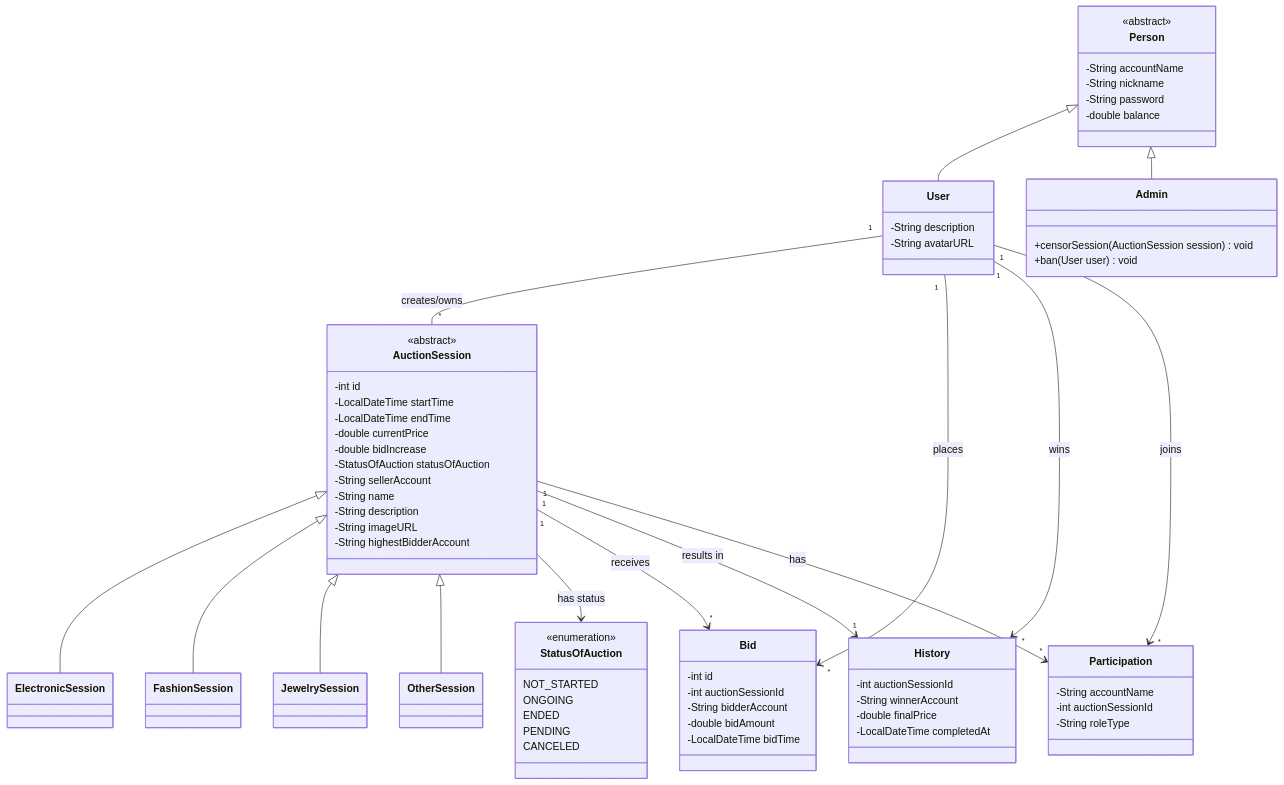
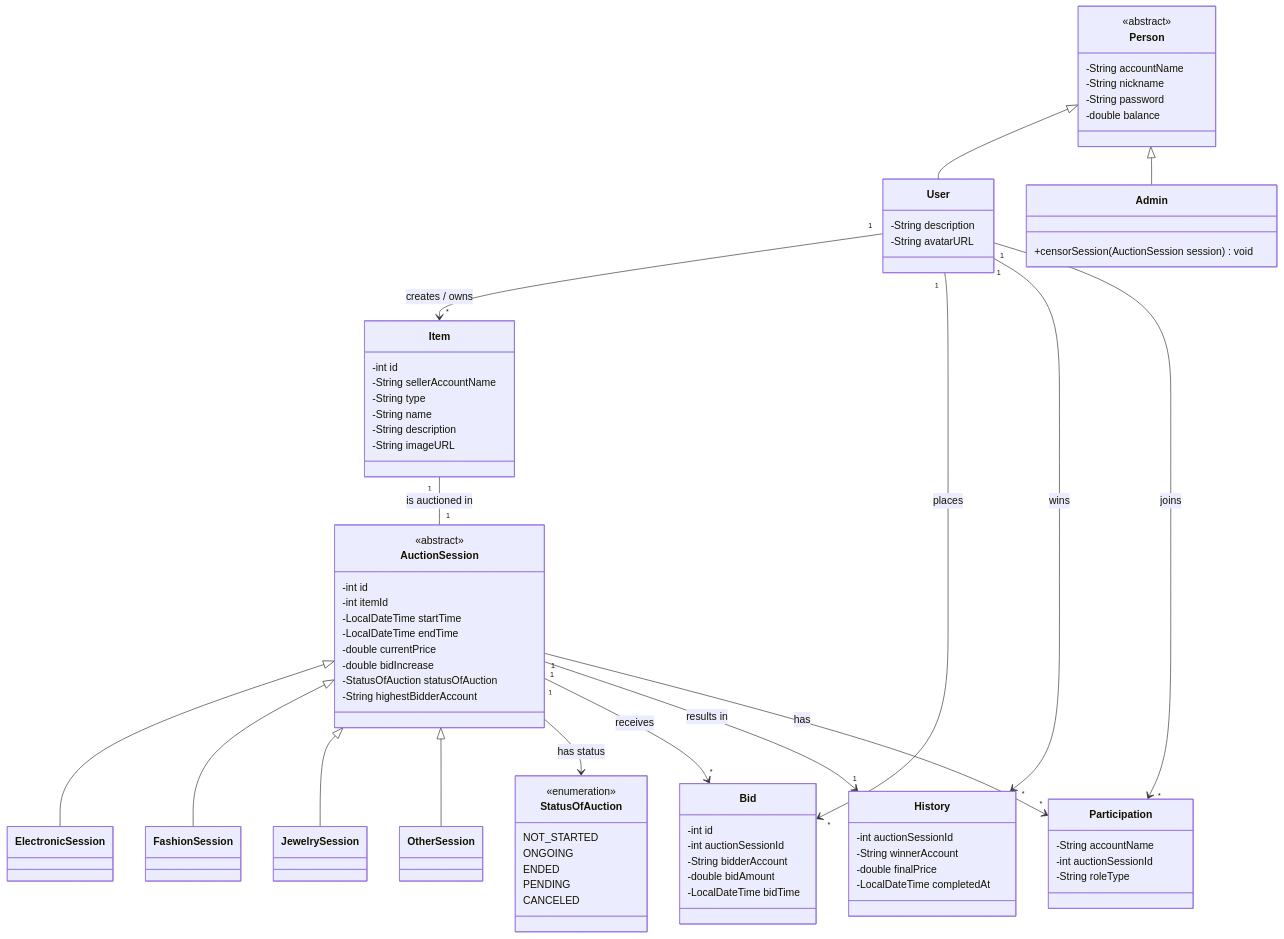
One commit to phudeptraibodoithe/Bai-tap-lon-nhom-6 changed the first of 3 diagrams in README.md. Above: the diagram before and after it, drawn with Mermaid. The commit also changed other lines of this file, not shown here.

Commit message:
docs: sửa lại UML và cập nhật tiến trình nhóm

````diff
--- a/README.md
+++ b/README.md
@@ -52,28 +52,35 @@
 
     class Admin {
         +censorSession(AuctionSession session) void
-        +ban(User user) void
     }
 
     Person <|-- User
     Person <|-- Admin
 
+    %% --- PHẦN ITEM (BẢNG MỚI ĐƯỢC TÁCH RA) ---
+    class Item {
+        -int id
+        -String sellerAccountName
+        -String type
+        -String name
+        -String description
+        -String imageURL
+    }
+
+    %% --- PHẦN SESSION ---
     class AuctionSession {
         <<abstract>>
         -int id
+        -int itemId
         -LocalDateTime startTime
         -LocalDateTime endTime
         -double currentPrice
         -double bidIncrease
         -StatusOfAuction statusOfAuction
-        -String sellerAccount
-        -String name
-        -String description
-        -String imageURL
         -String highestBidderAccount
     }
 
-    %% Các Class con của AuctionSession (Bạn hãy đổi tên theo đúng ảnh của bạn)
+    %% Các Class con của AuctionSession
     class ElectronicSession {
     }
     class FashionSession {
@@ -90,6 +97,7 @@
 
     AuctionSession --> StatusOfAuction : has status
 
+    %% --- PHẦN LỊCH SỬ & BID ---
     class Bid {
         -int id
         -int auctionSessionId
@@ -105,12 +113,6 @@
         -LocalDateTime completedAt
     }
 
-    User "1" -- "*" AuctionSession : creates/owns
-    User "1" --> "*" Bid : places
-    AuctionSession "1" --> "*" Bid : receives
-    User "1" --> "*" History : wins
-    AuctionSession "1" --> "1" History : results in
-
     %% --- PHẦN PARTICIPATION ---
     class Participation {
         -String accountName
@@ -118,7 +120,19 @@
         -String roleType
     }
 
-    %% Mối quan hệ của Participation
+    %% --- MỐI QUAN HỆ CỦA CÁC THỰC THỂ (RELATIONSHIPS) ---
+    
+    %% User tạo ra Item, Item được đấu giá trong Session
+    User "1" --> "*" Item : creates / owns
+    Item "1" -- "1" AuctionSession : is auctioned in
+    
+    %% User và Bid, History
+    User "1" --> "*" Bid : places
+    AuctionSession "1" --> "*" Bid : receives
+    User "1" --> "*" History : wins
+    AuctionSession "1" --> "1" History : results in
+    
+    %% Participation
     User "1" --> "*" Participation : joins
     AuctionSession "1" --> "*" Participation : has
 ```
````
